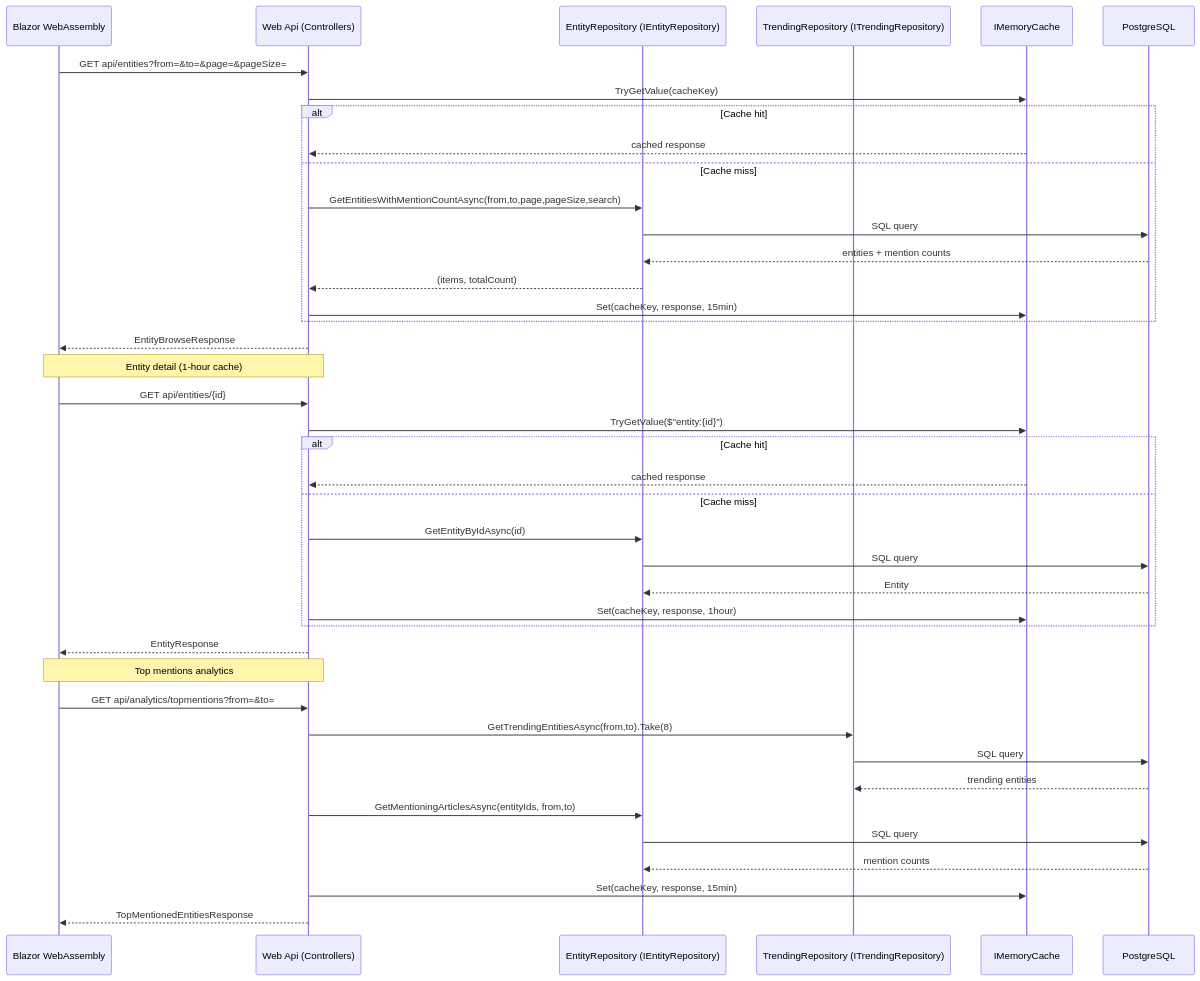
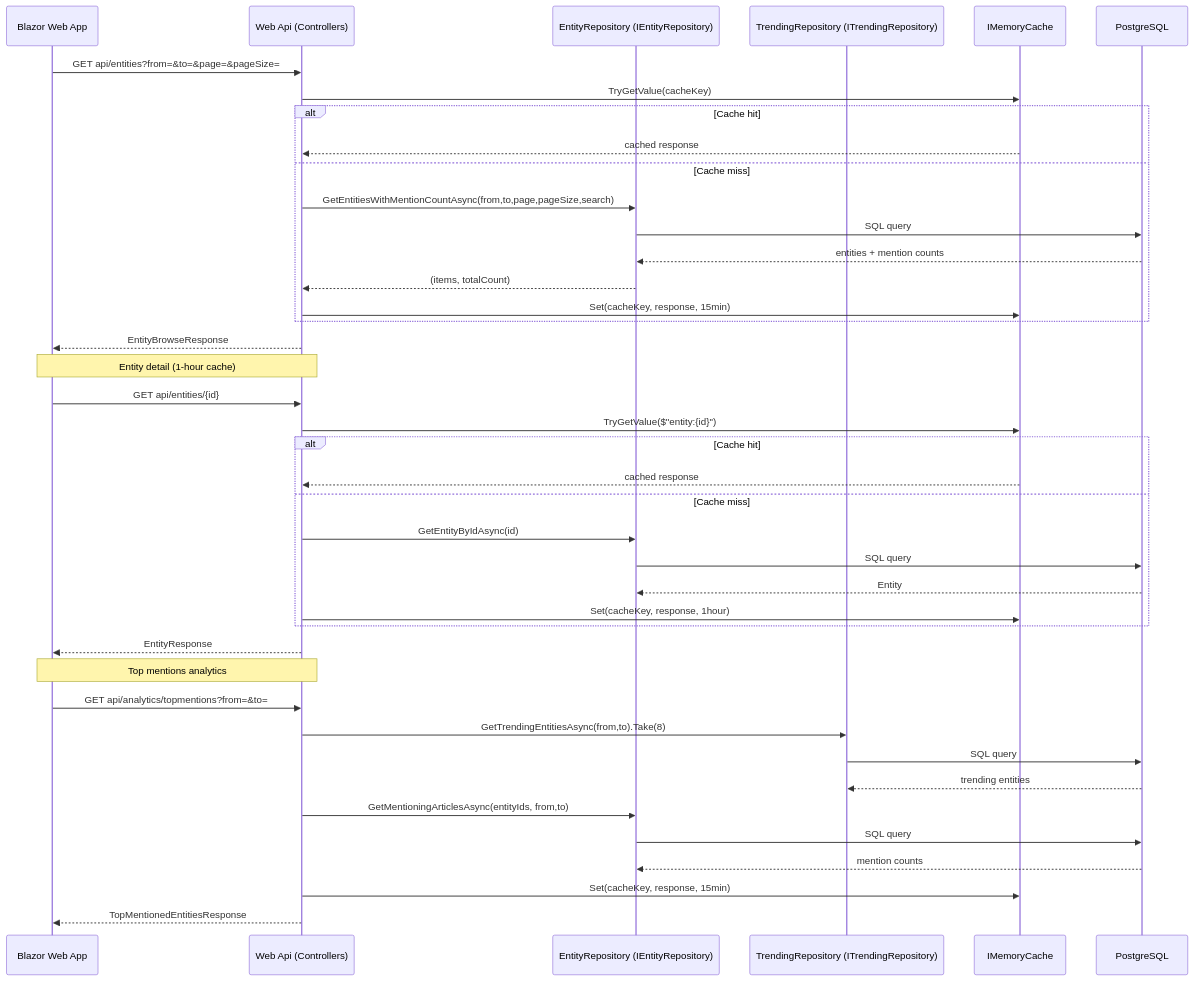
Before and after one commit to Fortyfei/AgitpropScraper: the sixth of 8 diagrams in .docs/pipelines.md, drawn with Mermaid. The commit also changed other lines of this file and 32 other files, not shown here.

````diff
--- a/.docs/pipelines.md
+++ b/.docs/pipelines.md
@@ -116,46 +113,46 @@
 ```mermaid
 sequenceDiagram
-    participant CLIENT as Blazor WebAssembly
+    participant CLIENT as Blazor Web App
     participant API as Web Api (Controllers)
     participant REPO as EntityRepository (IEntityRepository)
     participant TREND as TrendingRepository (ITrendingRepository)
     participant CACHE as IMemoryCache
     participant DB as PostgreSQL
 
     CLIENT->>API: GET api/entities?from=&to=&page=&pageSize=
     API->>CACHE: TryGetValue(cacheKey)
     alt Cache hit
         CACHE-->>API: cached response
     else Cache miss
         API->>REPO: GetEntitiesWithMentionCountAsync(from,to,page,pageSize,search)
         REPO->>DB: SQL query
         DB-->>REPO: entities + mention counts
         REPO-->>API: (items, totalCount)
         API->>CACHE: Set(cacheKey, response, 15min)
     end
     API-->>CLIENT: EntityBrowseResponse
 
     Note over CLIENT,API: Entity detail (1‑hour cache)
     CLIENT->>API: GET api/entities/{id}
     API->>CACHE: TryGetValue($"entity:{id}")
     alt Cache hit
         CACHE-->>API: cached response
     else Cache miss
         API->>REPO: GetEntityByIdAsync(id)
         REPO->>DB: SQL query
         DB-->>REPO: Entity
         API->>CACHE: Set(cacheKey, response, 1hour)
     end
     API-->>CLIENT: EntityResponse
 
     Note over CLIENT,API: Top mentions analytics
     CLIENT->>API: GET api/analytics/topmentions?from=&to=
     API->>TREND: GetTrendingEntitiesAsync(from,to).Take(8)
     TREND->>DB: SQL query
     DB-->>TREND: trending entities
     API->>REPO: GetMentioningArticlesAsync(entityIds, from,to)
     REPO->>DB: SQL query
     DB-->>REPO: mention counts
     API->>CACHE: Set(cacheKey, response, 15min)
     API-->>CLIENT: TopMentionedEntitiesResponse
 ```
````
